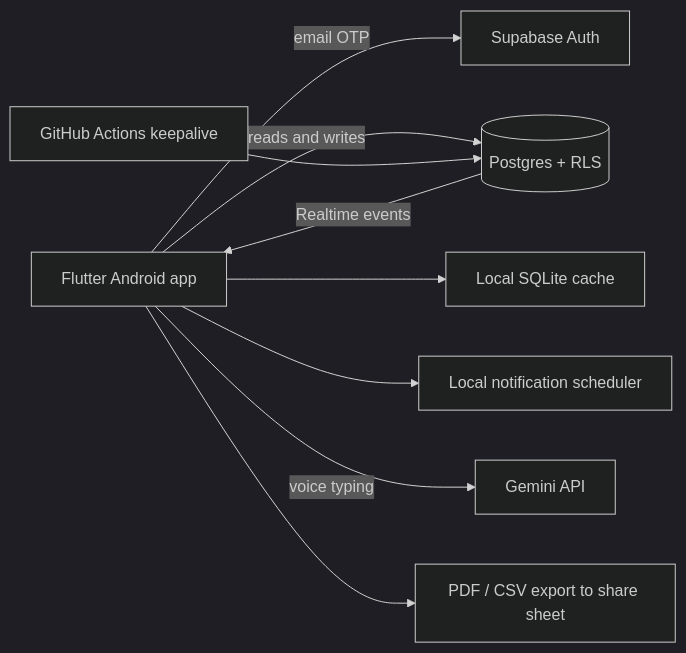
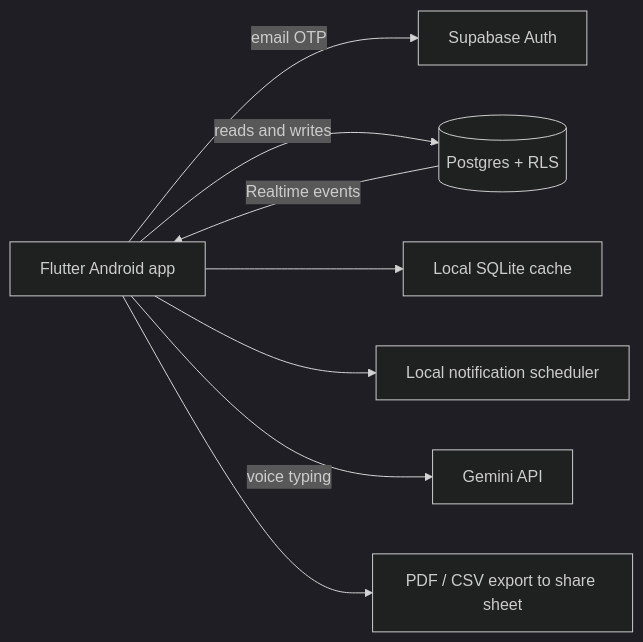
The diagram in README.md (LeopoldTydtgat/ats-field-ops-showcase), drawn with Mermaid (dark theme) before and after one commit. The commit also changed other lines of this file, not shown here.

````diff
--- a/README.md
+++ b/README.md
@@ -38,11 +68,10 @@
 ```mermaid
 flowchart LR
     A[Flutter Android app] -->|email OTP| B[Supabase Auth]
     A -->|reads and writes| C[(Postgres + RLS)]
     C -->|Realtime events| A
     A --> D[Local SQLite cache]
     A --> E[Local notification scheduler]
     A -->|voice typing| F[Gemini API]
     A --> G[PDF / CSV export to share sheet]
-    H[GitHub Actions keepalive] --> C
 ```
````
